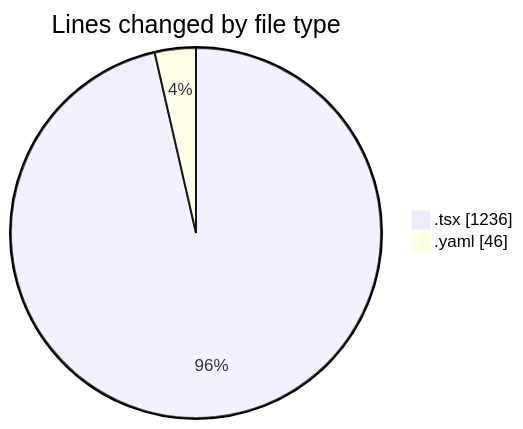
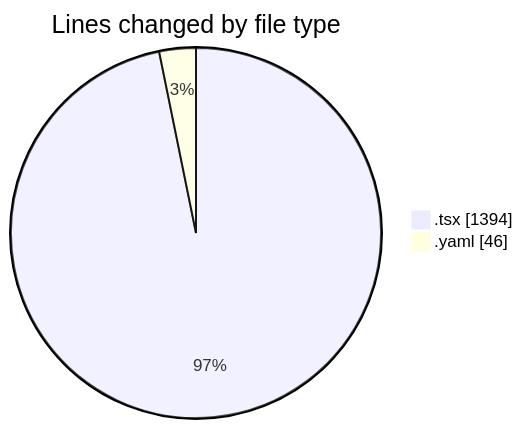
Before and after one commit to momahboobian/code-tracking: the first of 2 diagrams in 2025-11-20/cda/README.md, drawn with Mermaid. The commit also changed other lines of this file and 1 other file, not shown here.

````diff
--- a/2025-11-20/cda/README.md
+++ b/2025-11-20/cda/README.md
@@ -24,6 +27,6 @@
 ```mermaid
 pie showData
 title Lines changed by file type
-".tsx" : 1236
+".tsx" : 1394
 ".yaml" : 46
 ```
````
